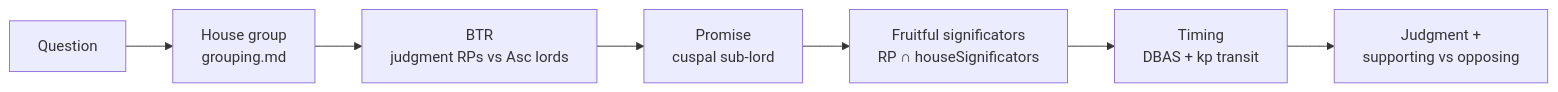
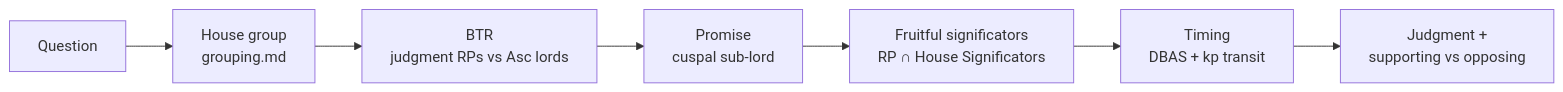
Before and after one commit to thaletto/ascendant-agents: the second of 2 diagrams in .grok/skills/ascendant/SKILL.md, drawn with Mermaid. The commit also changed other lines of this file and 114 other files, not shown here.

````diff
--- a/.grok/skills/ascendant/SKILL.md
+++ b/.grok/skills/ascendant/SKILL.md
@@ -175,9 +170,9 @@
 ```mermaid
 flowchart LR
     Q[Question] --> G[House group\n grouping.md]
     G --> R[BTR\njudgment RPs vs Asc lords]
     R --> P[Promise\ncuspal sub-lord]
-    P --> F[Fruitful significators\nRP ∩ houseSignificators]
+    P --> F[Fruitful significators\nRP ∩ House Significators]
     F --> T[Timing\nDBAS + kp transit]
     T --> J[Judgment +\nsupporting vs opposing]
 ```
````
